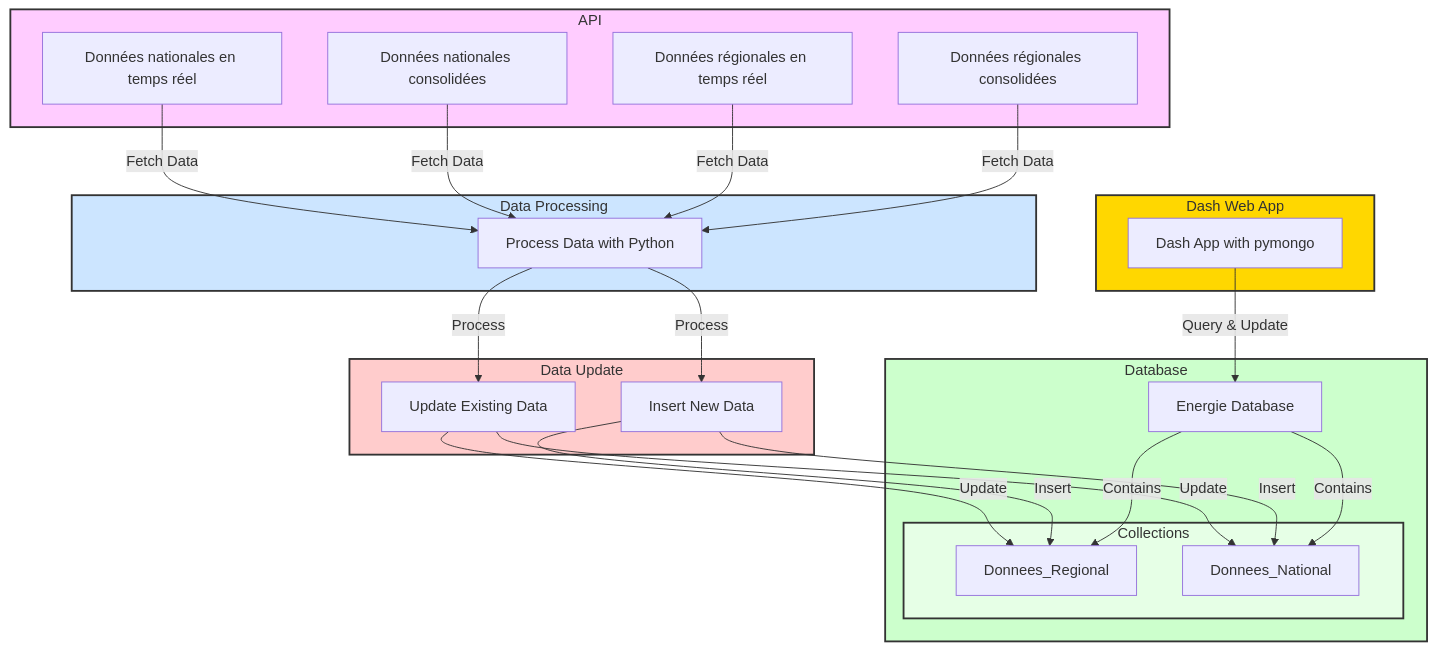
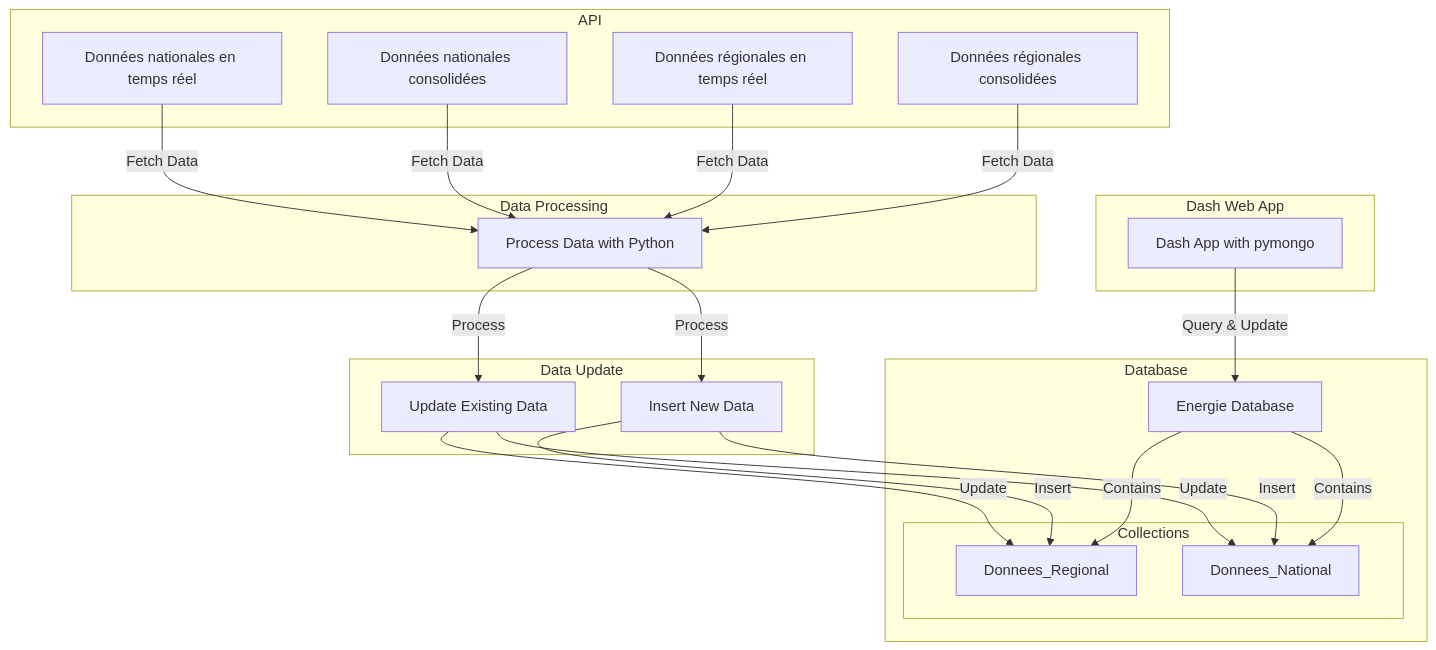
The second of 2 diagrams in _posts/2024-02-01-PVA.md (Hisqkq/Hisqkq.github.io), drawn with Mermaid before and after one commit. The commit also changed other lines of this file and 5 other files, not shown here.

````diff
--- a/_posts/2024-02-01-PVA.md
+++ b/_posts/2024-02-01-PVA.md
@@ -120,54 +163,55 @@
 ```mermaid
 flowchart TD
     subgraph API[API]
-        style API fill:#FFCCFF,stroke:#333,stroke-width:2px
+        classDef title size:58px, color:#000
+        class API title
         API1[Données nationales en temps réel]
         API2[Données nationales consolidées]
         API3[Données régionales en temps réel]
         API4[Données régionales consolidées]
     end
     
     subgraph DataProcessing[Data Processing]
-        style DataProcessing fill:#CCE5FF,stroke:#333,stroke-width:2px
+        class DataProcessing title
         P1[Process Data with Python]
     end
     
     subgraph Database[Database]
-        style Database fill:#CCFFCC,stroke:#333,stroke-width:2px
+        class Database title
         DB[Energie Database]
         subgraph Collections
-            style Collections fill:#E6FFE6,stroke:#333,stroke-width:2px
+            class Collections title
             DR[Donnees_Regional]
             DN[Donnees_National]
         end
     end
 
     subgraph DataUpdate[Data Update]
-        style DataUpdate fill:#FFCCCC,stroke:#333,stroke-width:2px
+        class DataUpdate title
         U1[Update Existing Data]
         U2[Insert New Data]
     end
 
     subgraph DashApp[Dash Web App]
-        style DashApp fill:#FFD700,stroke:#333,stroke-width:2px
+        class DashApp title
         DWA[Dash App with pymongo]
     end
     
     API1 --> |Fetch Data| P1
     API2 --> |Fetch Data| P1
     API3 --> |Fetch Data| P1
     API4 --> |Fetch Data| P1
     
     P1 --> |Process| U1
     P1 --> |Process| U2
     
     U1 --> |Update| DR
     U1 --> |Update| DN
     U2 --> |Insert| DR
     U2 --> |Insert| DN
     
     DB --> |Contains| DR
     DB --> |Contains| DN
     
     DWA --> |Query & Update| DB
 ```
````
